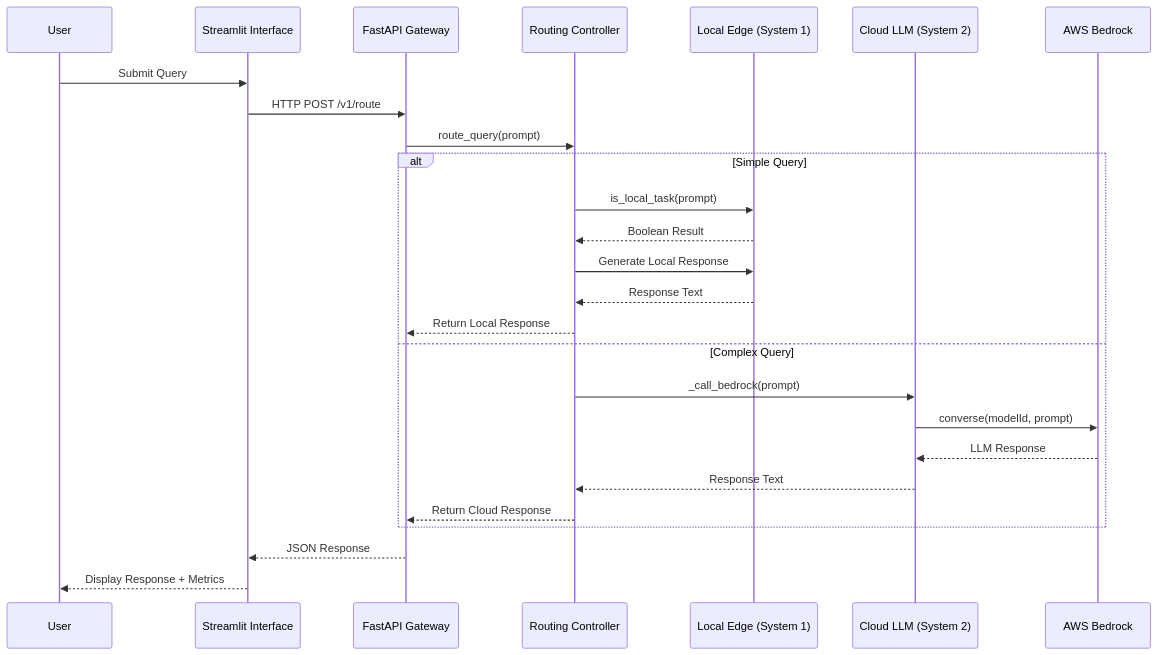
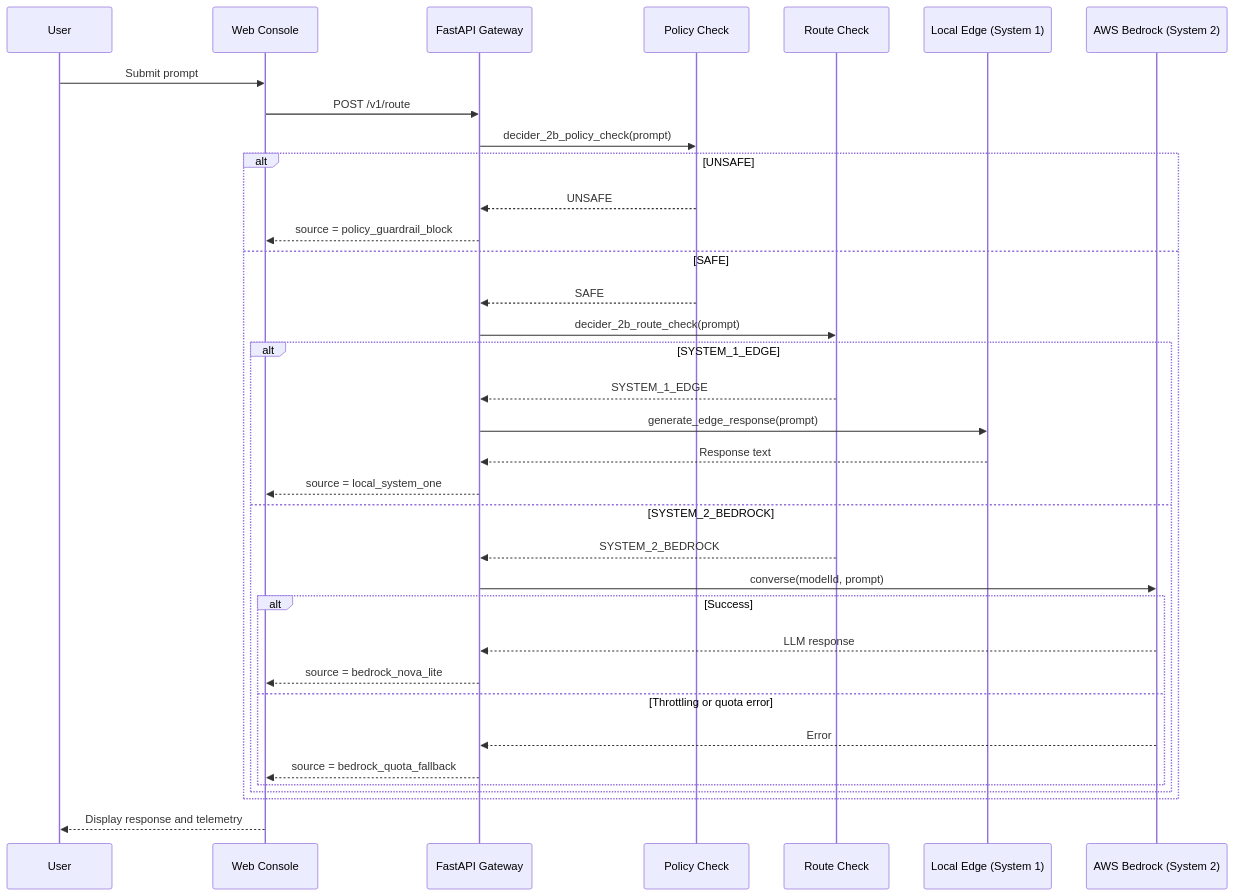
The diagram in README.md (AchsahGraceW/strands-sentry-gate), drawn with Mermaid before and after one commit. The commit also changed other lines of this file, not shown here.

````diff
--- a/README.md
+++ b/README.md
@@ -13,29 +13,38 @@
 ```mermaid
 sequenceDiagram
     participant U as User
-    participant UI as Streamlit Interface
+    participant UI as Web Console
     participant API as FastAPI Gateway
-    participant RG as Routing Controller
+    participant P as Policy Check
+    participant R as Route Check
     participant L1 as Local Edge (System 1)
-    participant L2 as Cloud LLM (System 2)
-    participant AWS as AWS Bedrock
+    participant AWS as AWS Bedrock (System 2)
 
-    U->>UI: Submit Query
-    UI->>API: HTTP POST /v1/route
-    API->>RG: route_query(prompt)
-    alt Simple Query
-        RG->>L1: is_local_task(prompt)
-        L1-->>RG: Boolean Result
-        RG->>L1: Generate Local Response
-        L1-->>RG: Response Text
-        RG-->>API: Return Local Response
-    else Complex Query
-        RG->>L2: _call_bedrock(prompt)
-        L2->>AWS: converse(modelId, prompt)
-        AWS-->>L2: LLM Response
-        L2-->>RG: Response Text
-        RG-->>API: Return Cloud Response
+    U->>UI: Submit prompt
+    UI->>API: POST /v1/route
+    API->>P: decider_2b_policy_check(prompt)
+    alt UNSAFE
+        P-->>API: UNSAFE
+        API-->>UI: source = policy_guardrail_block
+    else SAFE
+        P-->>API: SAFE
+        API->>R: decider_2b_route_check(prompt)
+        alt SYSTEM_1_EDGE
+            R-->>API: SYSTEM_1_EDGE
+            API->>L1: generate_edge_response(prompt)
+            L1-->>API: Response text
+            API-->>UI: source = local_system_one
+        else SYSTEM_2_BEDROCK
+            R-->>API: SYSTEM_2_BEDROCK
+            API->>AWS: converse(modelId, prompt)
+            alt Success
+                AWS-->>API: LLM response
+                API-->>UI: source = bedrock_nova_lite
+            else Throttling or quota error
+                AWS-->>API: Error
+                API-->>UI: source = bedrock_quota_fallback
+            end
+        end
     end
-    API-->>UI: JSON Response
-    UI-->>U: Display Response + Metrics
+    UI-->>U: Display response and telemetry
 ```
````
